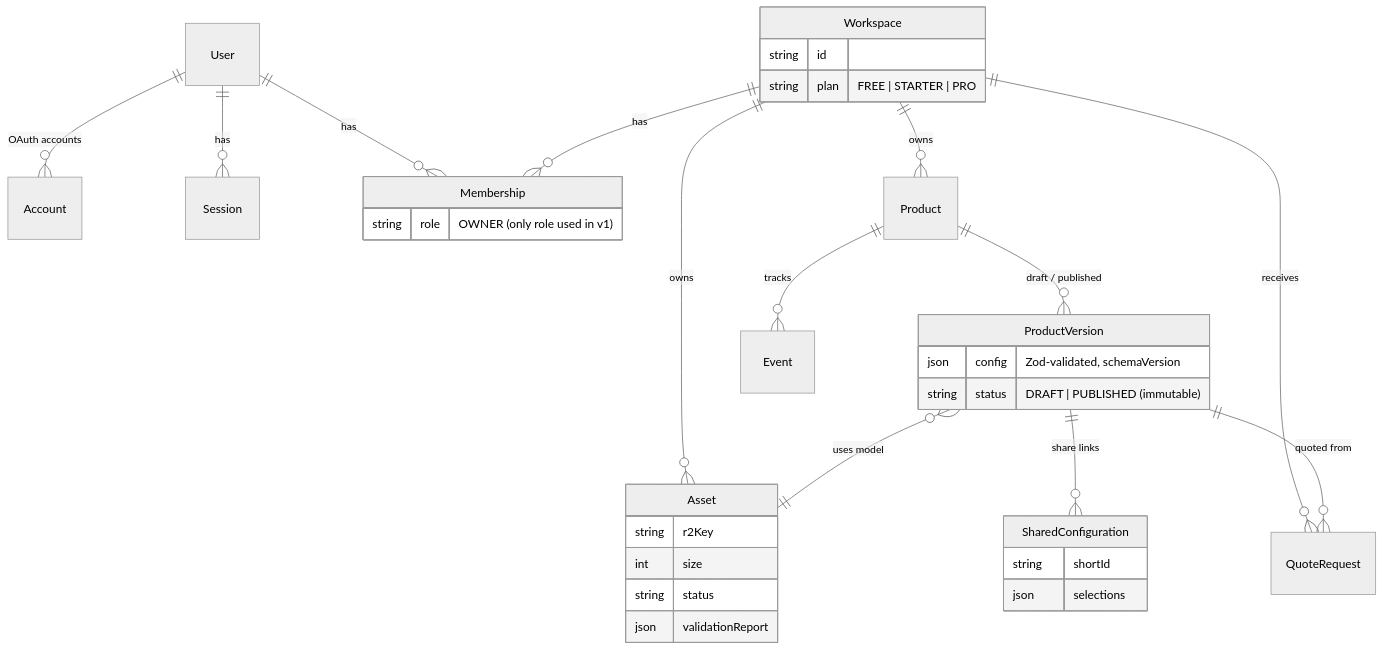
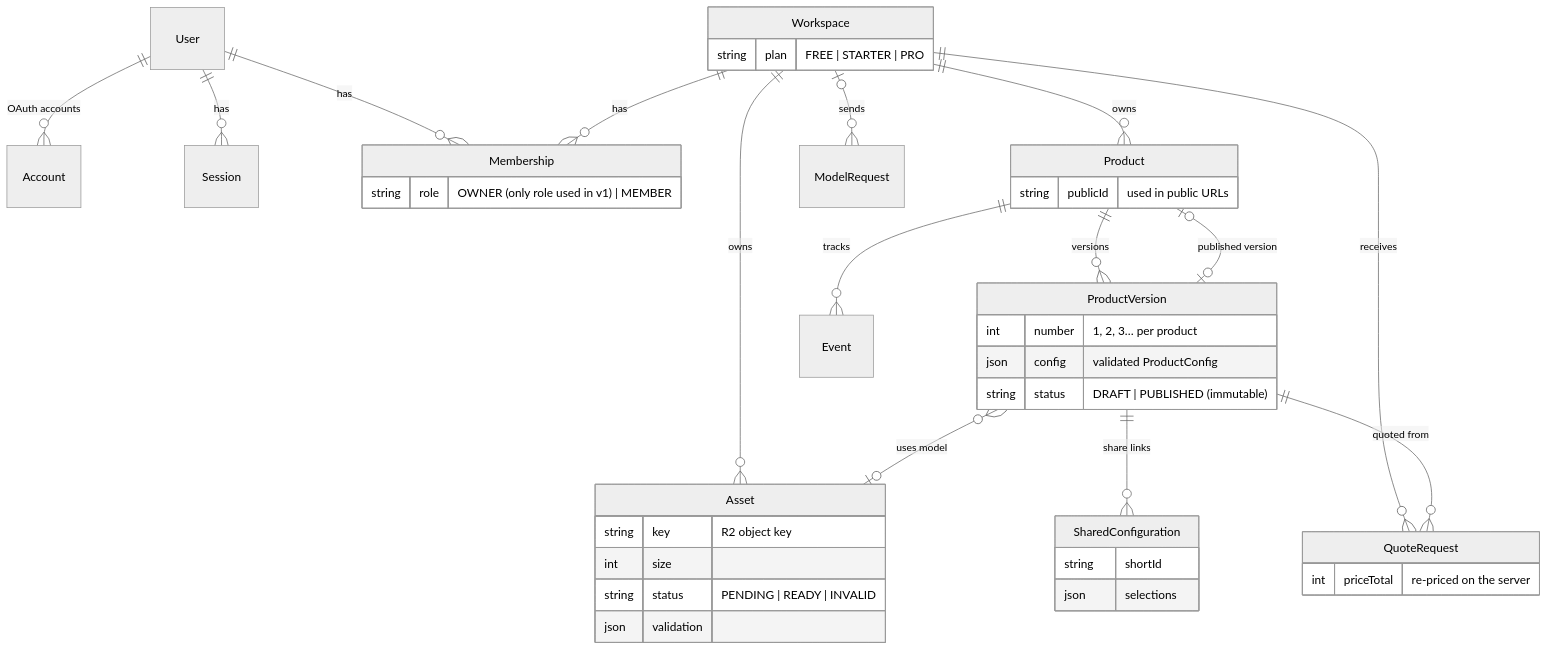
The third of 5 diagrams in docs/architecture.md (AineMuhammad/twirl), drawn with Mermaid (neutral theme) before and after one commit. The commit also changed other lines of this file and 4 other files, not shown here.

````diff
--- a/docs/architecture.md
+++ b/docs/architecture.md
@@ -90,37 +90,45 @@
 ```mermaid
 erDiagram
   User ||--o{ Account : "OAuth accounts"
   User ||--o{ Session : has
   User ||--o{ Membership : has
   Workspace ||--o{ Membership : has
   Workspace ||--o{ Product : owns
   Workspace ||--o{ Asset : owns
   Workspace ||--o{ QuoteRequest : receives
-  Product ||--o{ ProductVersion : "draft / published"
-  ProductVersion }o--|| Asset : "uses model"
+  Workspace |o--o{ ModelRequest : sends
+  Product ||--o{ ProductVersion : versions
+  Product |o--o| ProductVersion : "published version"
+  ProductVersion }o--o| Asset : "uses model"
   ProductVersion ||--o{ SharedConfiguration : "share links"
   ProductVersion ||--o{ QuoteRequest : "quoted from"
   Product ||--o{ Event : tracks
 
   Workspace {
-    string id
     string plan "FREE | STARTER | PRO"
   }
   Membership {
-    string role "OWNER (only role used in v1)"
+    string role "OWNER (only role used in v1) | MEMBER"
+  }
+  Product {
+    string publicId "used in public URLs"
   }
   ProductVersion {
-    json config "Zod-validated, schemaVersion"
+    int number "1, 2, 3… per product"
+    json config "validated ProductConfig"
     string status "DRAFT | PUBLISHED (immutable)"
   }
   Asset {
-    string r2Key
+    string key "R2 object key"
     int size
-    string status
-    json validationReport
+    string status "PENDING | READY | INVALID"
+    json validation
   }
   SharedConfiguration {
     string shortId
     json selections
   }
+  QuoteRequest {
+    int priceTotal "re-priced on the server"
+  }
 ```
````
